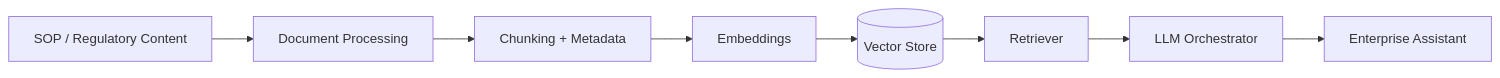
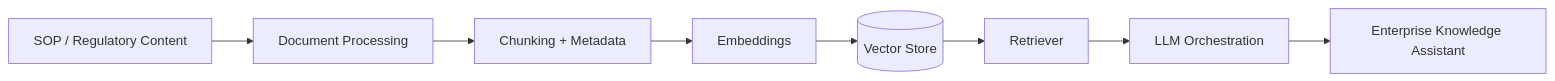
The second of 5 diagrams in README.md (dhanumjayasaggurthi/dhanumjayasaggurthi), drawn with Mermaid before and after one commit. The commit also changed other lines of this file, not shown here.

````diff
--- a/README.md
+++ b/README.md
@@ -106,10 +134,10 @@
 ```mermaid
 flowchart LR
     A[SOP / Regulatory Content] --> B[Document Processing]
     B --> C[Chunking + Metadata]
     C --> D[Embeddings]
     D --> E[(Vector Store)]
     E --> F[Retriever]
-    F --> G[LLM Orchestrator]
-    G --> H[Enterprise Assistant]
+    F --> G[LLM Orchestration]
+    G --> H[Enterprise Knowledge Assistant]
 ```
````
